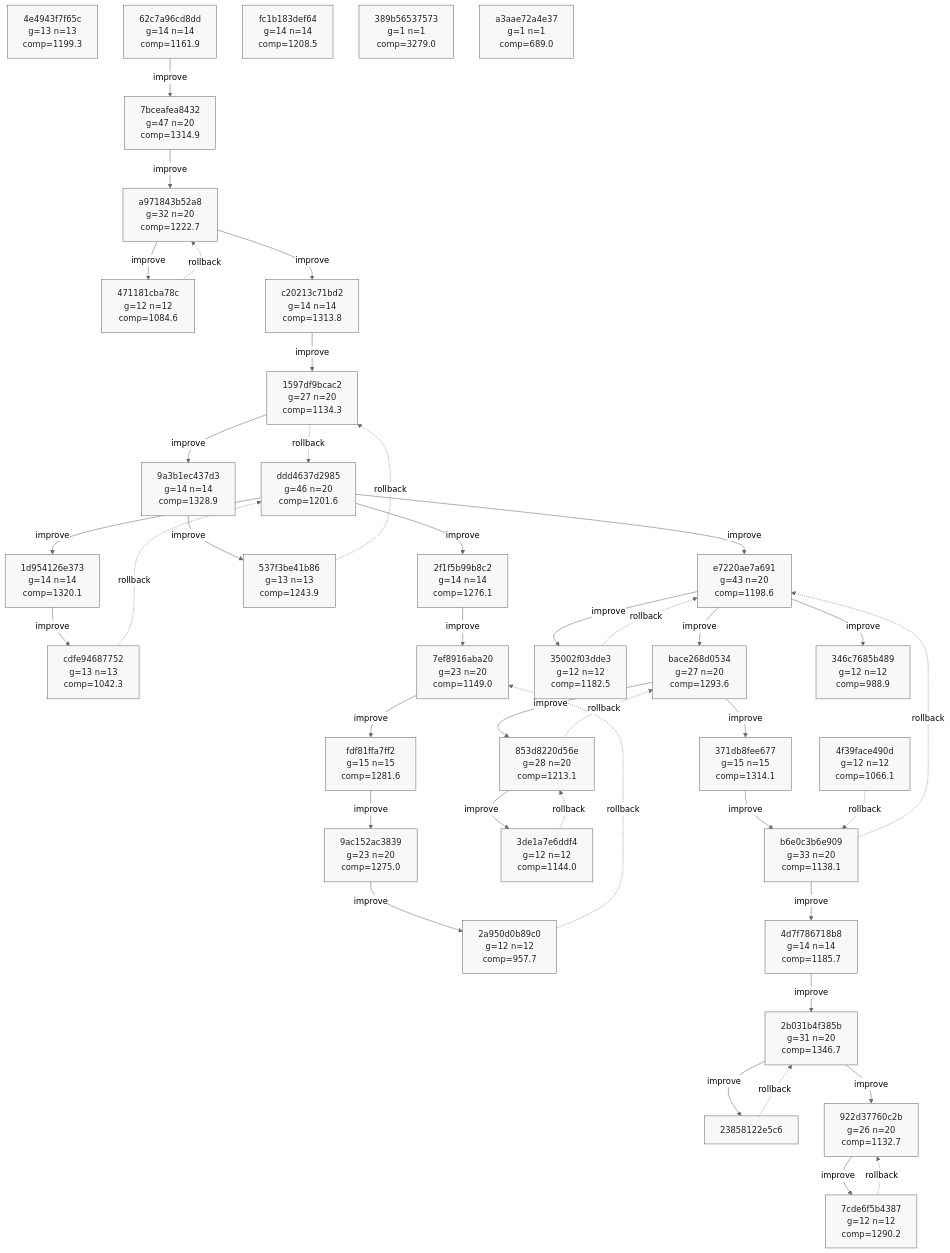
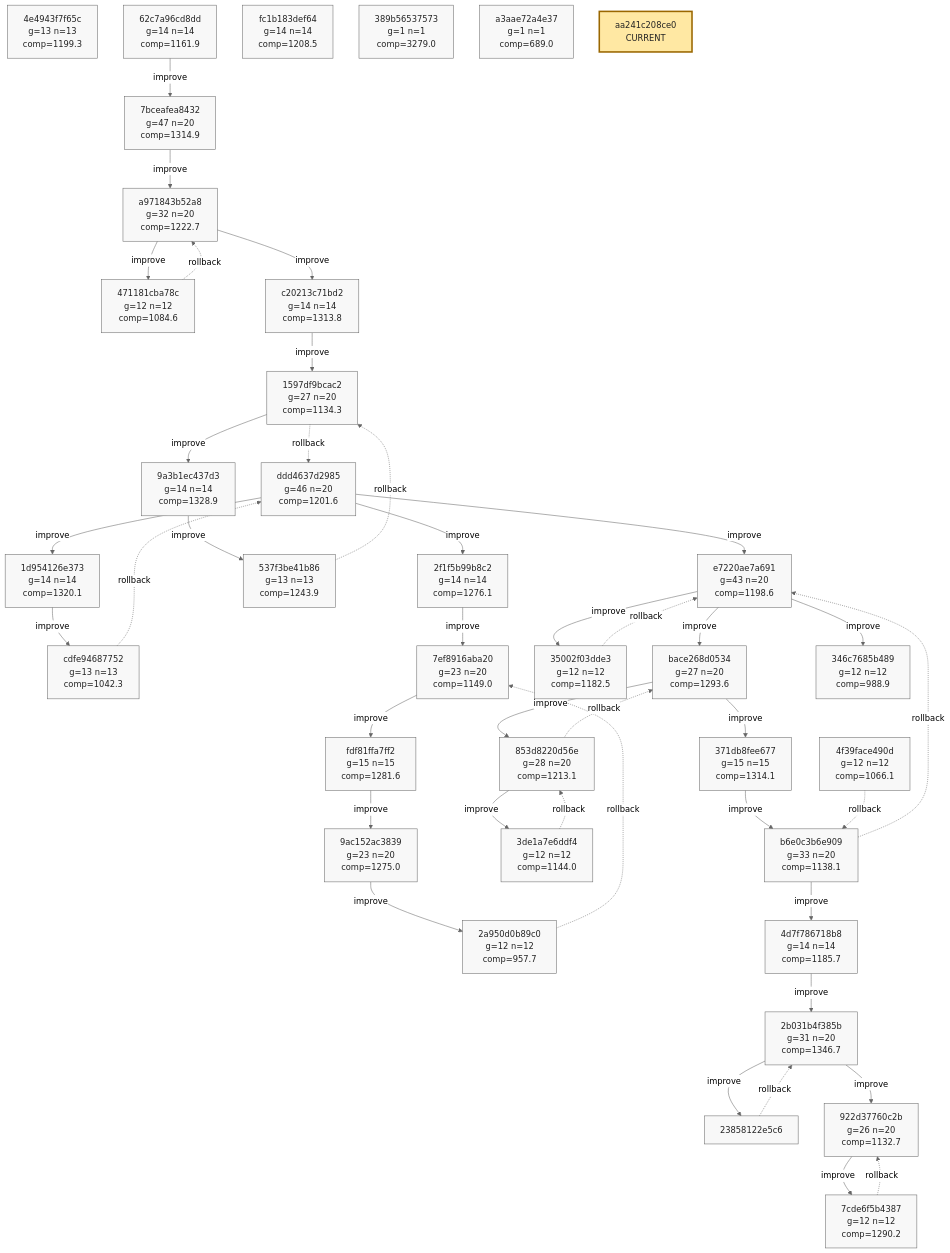
The ninth of 9 diagrams in phyrogenetic-tree.md (azumag/soviet_now), drawn with Mermaid (neutral theme) before and after one commit. The commit also changed other lines of this file and 2 other files, not shown here.

````diff
--- a/phyrogenetic-tree.md
+++ b/phyrogenetic-tree.md
@@ -2286,6 +2278,7 @@
     h_346c7685b489["346c7685b489<br/>g=12 n=12<br/>comp=988.9"]
     h_389b56537573["389b56537573<br/>g=1 n=1<br/>comp=3279.0"]
     h_a3aae72a4e37["a3aae72a4e37<br/>g=1 n=1<br/>comp=689.0"]
+    h_aa241c208ce0["aa241c208ce0<br/>CURRENT"]
 
     h_ddd4637d2985 -->|improve| h_1d954126e373
     h_1d954126e373 -->|improve| h_cdfe94687752
@@ -2366,4 +2359,5 @@
     class h_346c7685b489 plain;
     class h_389b56537573 plain;
     class h_a3aae72a4e37 plain;
+    class h_aa241c208ce0 current;
 ```
````
